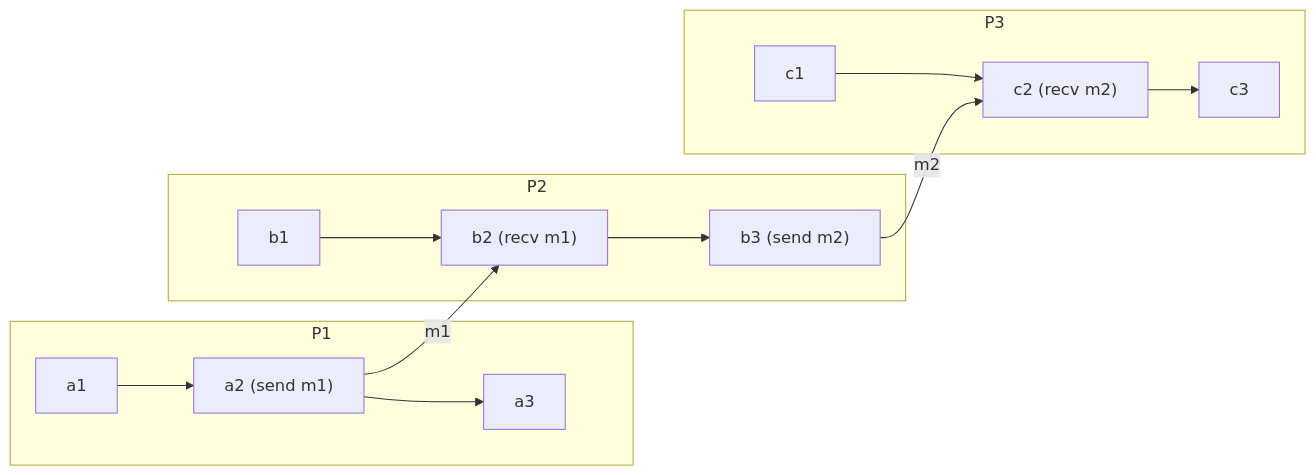
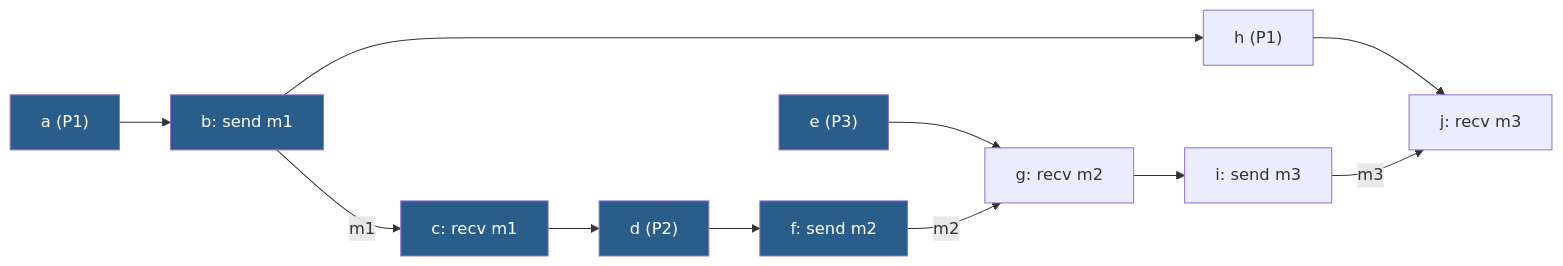
The second of 5 diagrams in src/content/docs/en/foundations/time-and-ordering/happened-before.mdx (gorkemsari/distributed-systems), drawn with Mermaid before and after one commit. The commit also changed other lines of this file and 3 other files, not shown here.

````diff
--- a/src/content/docs/en/foundations/time-and-ordering/happened-before.mdx
+++ b/src/content/docs/en/foundations/time-and-ordering/happened-before.mdx
@@ -20,14 +54,15 @@
 ```mermaid
 flowchart LR
-    subgraph P1
-        A1["a1"] --> A2["a2 (send m1)"] --> A3["a3"]
-    end
-    subgraph P2
-        B1["b1"] --> B2["b2 (recv m1)"] --> B3["b3 (send m2)"]
-    end
-    subgraph P3
-        C1["c1"] --> C2["c2 (recv m2)"] --> C3["c3"]
-    end
-    A2 -->|m1| B2
-    B3 -->|m2| C2
+    a["a (P1)"] --> b["b: send m1"]
+    b --> h["h (P1)"]
+    h --> j["j: recv m3"]
+    b -->|m1| c["c: recv m1"]
+    c --> d["d (P2)"]
+    d --> f["f: send m2"]
+    e["e (P3)"] --> g["g: recv m2"]
+    f -->|m2| g
+    g --> i["i: send m3"]
+    i -->|m3| j
+    classDef past fill:#2b5d8a,color:#ffffff
+    class a,b,c,d,f,e past
 ```
````
